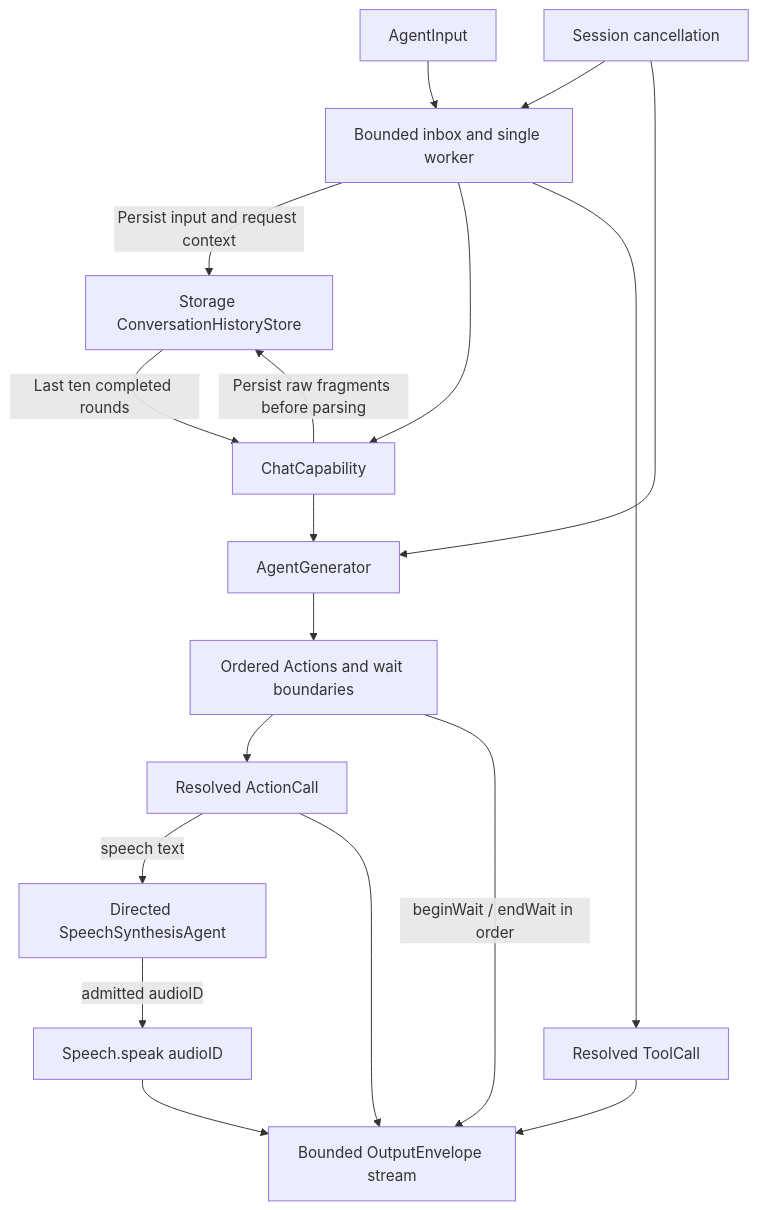
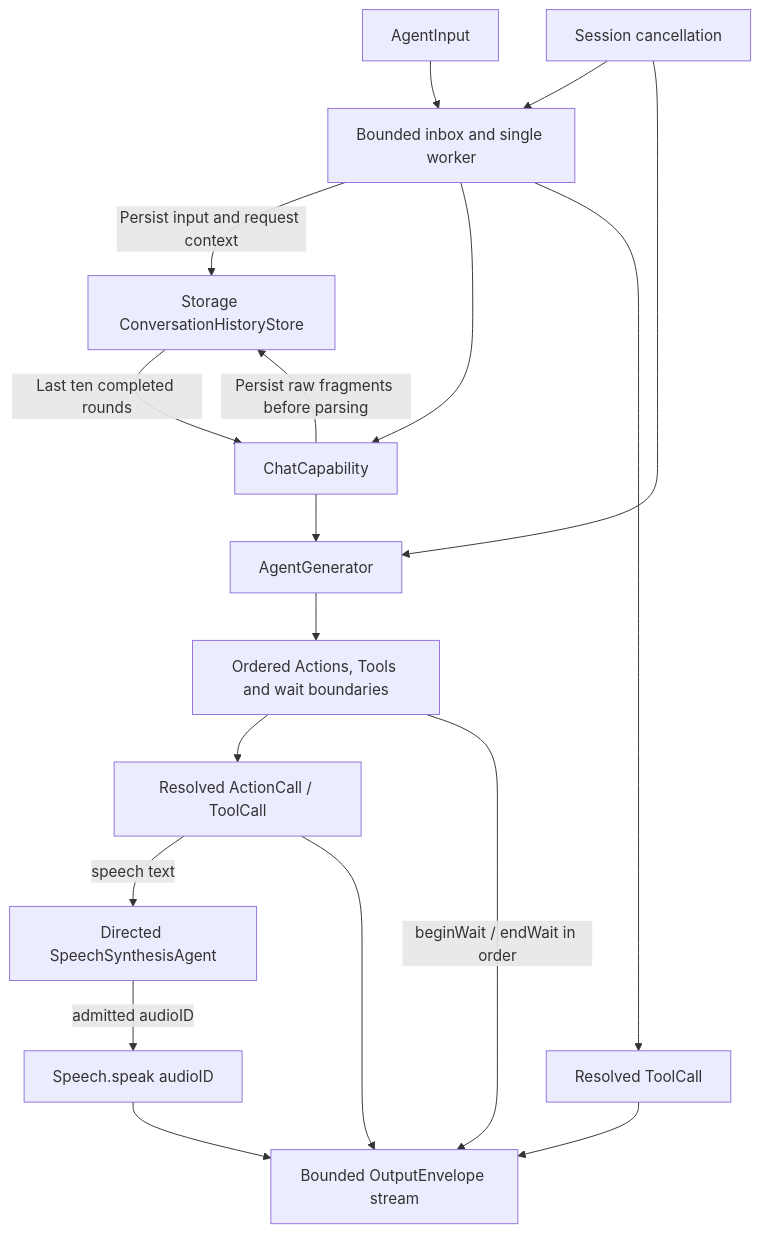
Before and after one commit to devilyouwei/MobileHarness: the first of 4 diagrams in MobileHarness/Agents/Assistant/README.md, drawn with Mermaid. The commit also changed other lines of this file and 109 other files, not shown here.

````diff
--- a/MobileHarness/Agents/Assistant/README.md
+++ b/MobileHarness/Agents/Assistant/README.md
@@ -15,20 +15,20 @@
 ```mermaid
 flowchart TD
     Input[AgentInput] --> Queue[Bounded inbox and single worker]
     Queue -->|Persist input and request context| History[Storage ConversationHistoryStore]
     History -->|Last ten completed rounds| Model[ChatCapability]
     Queue --> Model
     Model -->|Persist raw fragments before parsing| History
     Model --> Parser[AgentGenerator]
-    Parser --> Events[Ordered Actions and wait boundaries]
-    Events --> Calls[Resolved ActionCall]
+    Parser --> Events[Ordered Actions, Tools and wait boundaries]
+    Events --> Calls[Resolved ActionCall / ToolCall]
     Events -->|beginWait / endWait in order| Stream
     Calls -->|speech text| Synthesis[Directed SpeechSynthesisAgent]
     Synthesis -->|admitted audioID| Playback[Speech.speak audioID]
     Playback --> Stream
     Queue --> Tool[Resolved ToolCall]
     Calls --> Stream[Bounded OutputEnvelope stream]
     Tool --> Stream
     Cancel[Session cancellation] --> Queue
     Cancel --> Parser
 ```
````
